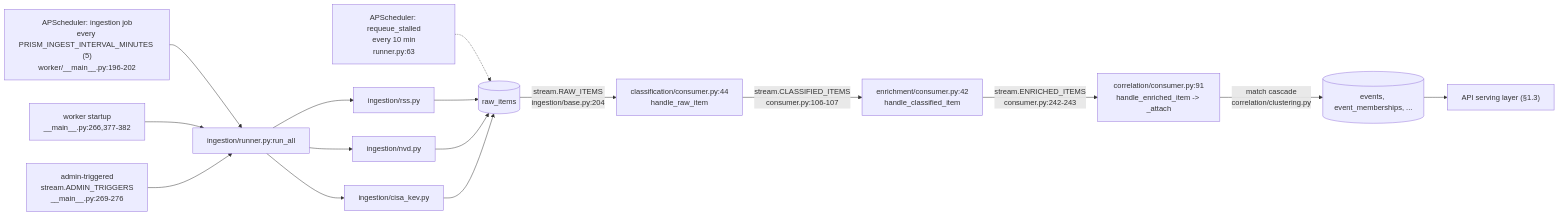
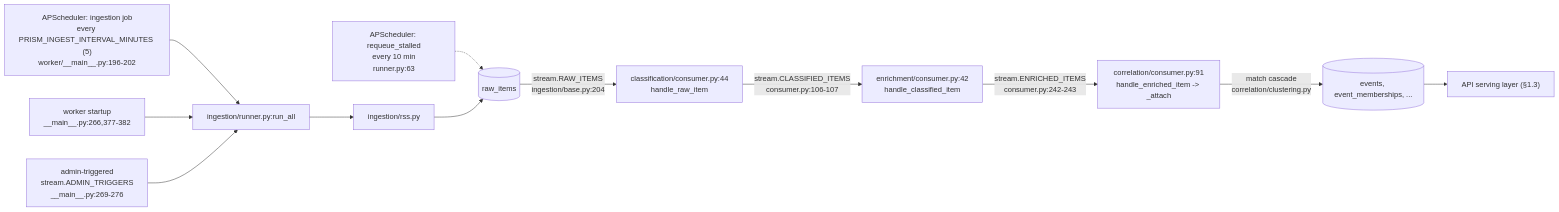
The fourth of 4 diagrams in docs/ARCHITECTURE.md (Matryx-Social-Labs/prism), drawn with Mermaid before and after one commit. The commit also changed other lines of this file and 36 other files, not shown here.

First line of the commit message:
refactor: remove the NVD and CISA KEV collectors — news only, never vulnerability records

````diff
--- a/docs/ARCHITECTURE.md
+++ b/docs/ARCHITECTURE.md
@@ -154,18 +153,14 @@
 ```mermaid
 flowchart LR
     Sched["APScheduler: ingestion job\nevery PRISM_INGEST_INTERVAL_MINUTES (5)\nworker/__main__.py:196-202"] --> Runner["ingestion/runner.py:run_all"]
     Startup["worker startup\n__main__.py:266,377-382"] --> Runner
     AdminTrig["admin-triggered\nstream.ADMIN_TRIGGERS\n__main__.py:269-276"] --> Runner
     Requeue["APScheduler: requeue_stalled\nevery 10 min\nrunner.py:63"] -.-> RawItems
     Runner --> RSS["ingestion/rss.py"]
-    Runner --> NVD["ingestion/nvd.py"]
-    Runner --> KEV["ingestion/cisa_kev.py"]
     RSS --> RawItems[("raw_items")]
-    NVD --> RawItems
-    KEV --> RawItems
     RawItems -->|"stream.RAW_ITEMS\ningestion/base.py:204"| Classify["classification/consumer.py:44\nhandle_raw_item"]
     Classify -->|"stream.CLASSIFIED_ITEMS\nconsumer.py:106-107"| Enrich["enrichment/consumer.py:42\nhandle_classified_item"]
     Enrich -->|"stream.ENRICHED_ITEMS\nconsumer.py:242-243"| Correlate["correlation/consumer.py:91\nhandle_enriched_item -> _attach"]
     Correlate -->|"match cascade\ncorrelation/clustering.py"| Events[("events, event_memberships, ...")]
     Events --> Serving["API serving layer (§1.3)"]
 ```
````
